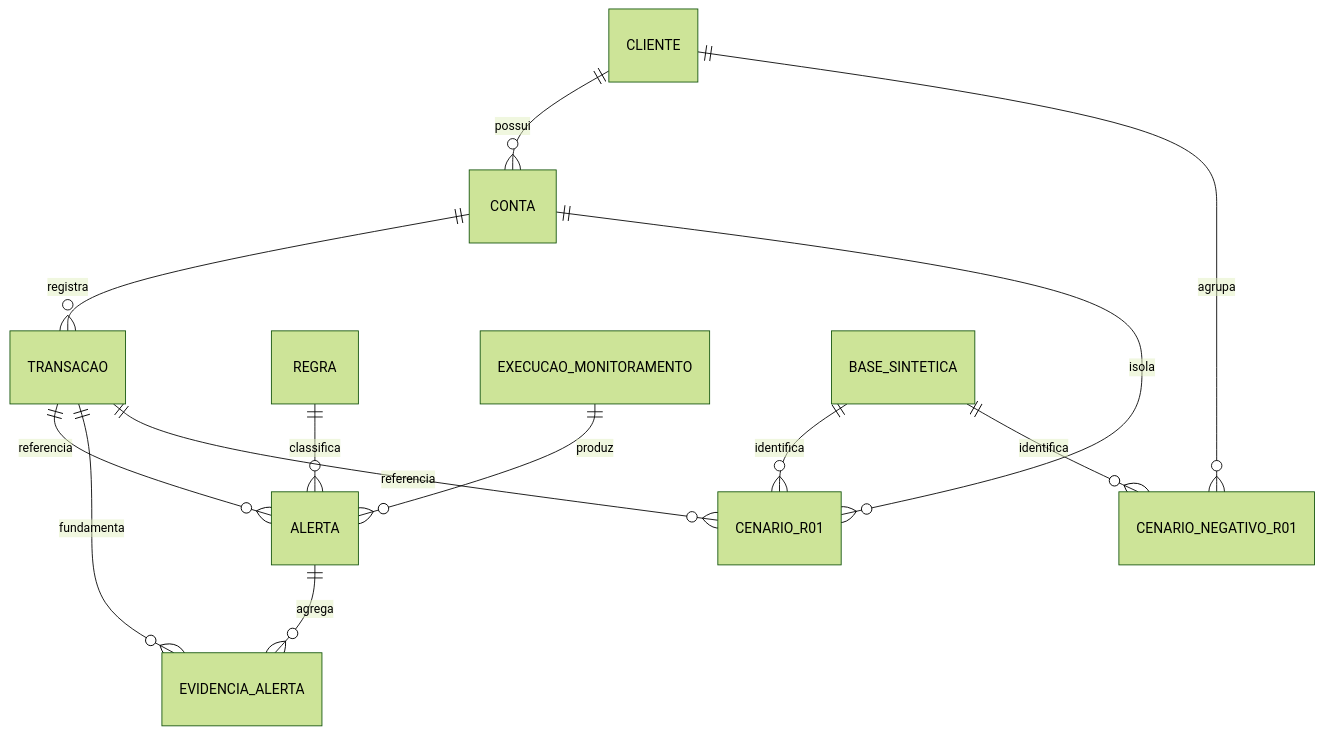
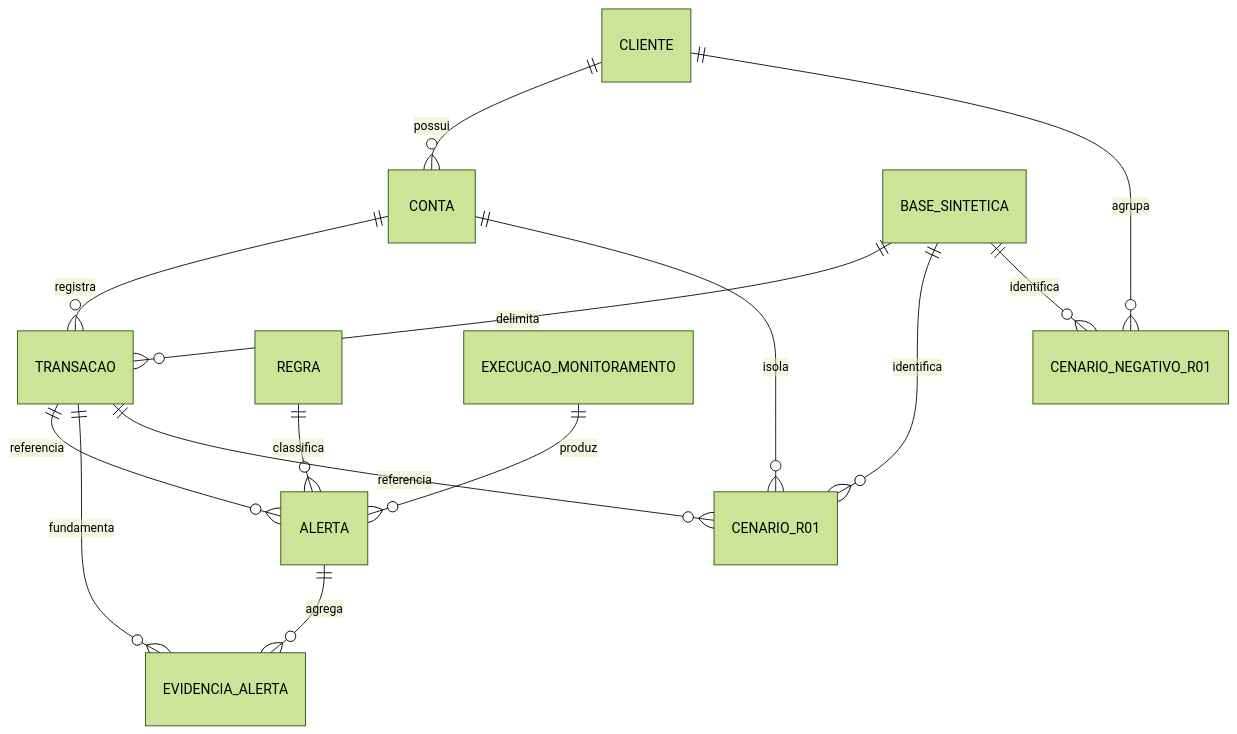
Before and after one commit to rafaelcamarg0/tcc-ii: the second of 4 diagrams in docs/ARQUITETURA_PROTOTIPO.md, drawn with Mermaid (forest theme). The commit also changed other lines of this file and 16 other files, not shown here.

```diff
--- a/docs/ARQUITETURA_PROTOTIPO.md
+++ b/docs/ARQUITETURA_PROTOTIPO.md
@@ -38,15 +38,16 @@
 ~~~mermaid
 erDiagram
     CLIENTE ||--o{ CONTA : possui
     CONTA ||--o{ TRANSACAO : registra
+    BASE_SINTETICA ||--o{ TRANSACAO : delimita
     REGRA ||--o{ ALERTA : classifica
     EXECUCAO_MONITORAMENTO ||--o{ ALERTA : produz
     TRANSACAO ||--o{ ALERTA : referencia
     ALERTA ||--o{ EVIDENCIA_ALERTA : agrega
     TRANSACAO ||--o{ EVIDENCIA_ALERTA : fundamenta
     BASE_SINTETICA ||--o{ CENARIO_R01 : identifica
     BASE_SINTETICA ||--o{ CENARIO_NEGATIVO_R01 : identifica
     CLIENTE ||--o{ CENARIO_NEGATIVO_R01 : agrupa
     CONTA ||--o{ CENARIO_R01 : isola
     TRANSACAO ||--o{ CENARIO_R01 : referencia
 ~~~
```
